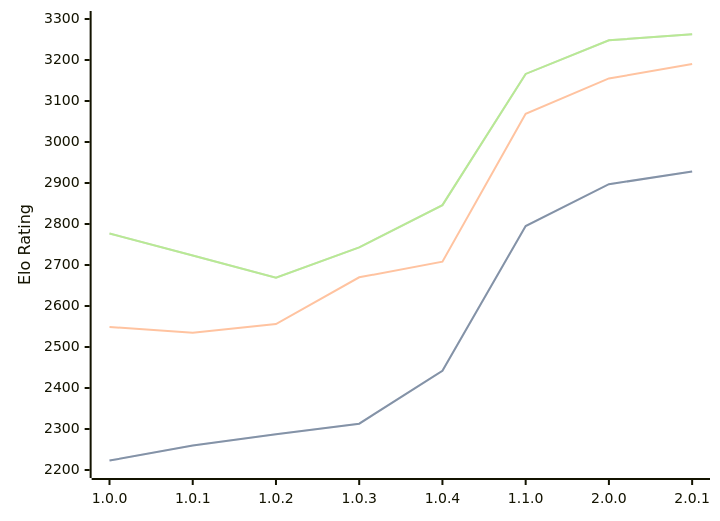
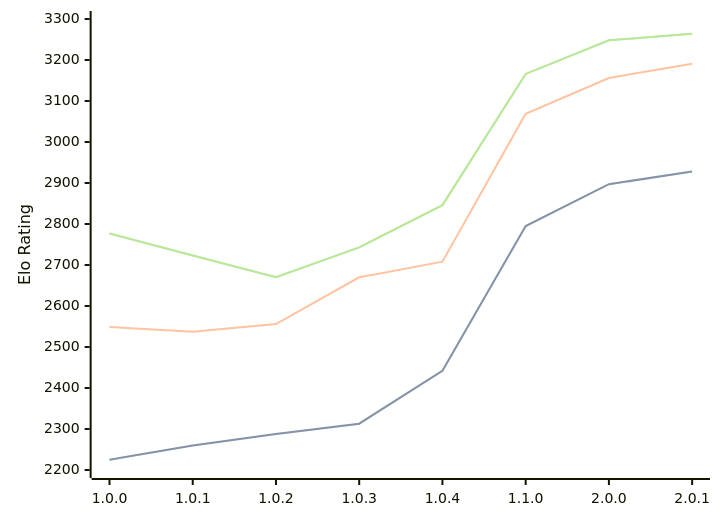
One commit to computer-chess-index/cci changed the diagram in engines/Grail.md. Above: the diagram before and after it, drawn with Mermaid. The commit also changed other lines of this file, not shown here.

Commit message:
Update CCI Ratings (ELO VLTC) - 2026-08-05

````diff
--- a/engines/Grail.md
+++ b/engines/Grail.md
@@ -38,11 +38,11 @@
 ```mermaid
 %%{init: {"theme":"base","themeVariables":{"seriesColors:['#a3a3a3','#222221','#faa371']}}}%%
 xychart-beta
   x-axis ["1.0.0", "1.0.1", "1.0.2", "1.0.3", "1.0.4", "1.1.0", "2.0.0", "2.0.1"]
   y-axis "Elo Rating" 2200 --> 3300
-  line "STC (8.0+0.08s)" [2223, 2260, 2287, 2313, 2442, 2795, 2897, 2928]
-  line "STC (8.0+0.08s)" [2223, 2260, 2287, 2313, 2442, 2795, 2897, 2928]
-  line "LTC (60.0+0.60s)" [2549, 2535, 2556, 2670, 2708, 3069, 3155, 3190]
-  line "VLTC (2m24s+1.12s)" [2777, 2723, 2669, 2743, 2846, 3166, 3248, 3263]
-  line "VLTC (2m24s+1.12s)" [2777, 2723, 2669, 2743, 2846, 3166, 3248, 3263]
+  line "STC (8.0+0.08s)" [2225, 2260, 2288, 2313, 2442, 2795, 2897, 2928]
+  line "STC (8.0+0.08s)" [2225, 2260, 2288, 2313, 2442, 2795, 2897, 2928]
+  line "LTC (60.0+0.60s)" [2549, 2537, 2556, 2670, 2708, 3069, 3156, 3191]
+  line "VLTC (2m24s+1.12s)" [2777, 2723, 2670, 2743, 2846, 3166, 3248, 3264]
+  line "VLTC (2m24s+1.12s)" [2777, 2723, 2670, 2743, 2846, 3166, 3248, 3264]
 ```
````
